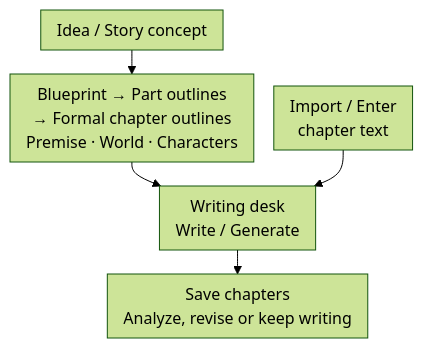
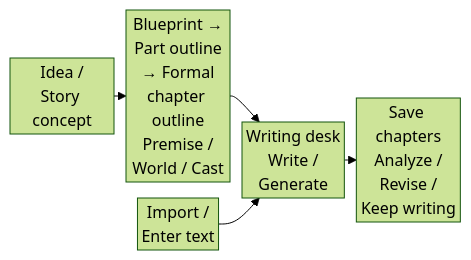
One commit to GTJasonMK/A4N changed the second of 18 diagrams in README.en.md. Above: the diagram before and after it, drawn with Mermaid (forest theme). The commit also changed other lines of this file and 2 other files, not shown here.

````diff
--- a/README.en.md
+++ b/README.en.md
@@ -88,13 +88,13 @@
 ```mermaid
 ---
 config:
-  flowchart: { nodeSpacing: 20, rankSpacing: 24, padding: 8, wrappingWidth: 240 }
+  flowchart: { nodeSpacing: 16, rankSpacing: 12, padding: 2, wrappingWidth: 96 }
 ---
-flowchart TB
+flowchart LR
   accTitle: Novel writing from ideas to chapters
   accDescr: Ideas lead to a blueprint and outlines, then the writing desk. Existing chapters can enter the writing desk directly without blueprint generation.
-  idea["Idea / Story concept"] --> plan["Blueprint → Part outlines<br/>→ Formal chapter outlines<br/>Premise · World · Characters"]
-  plan --> chapter["Writing desk<br/>Write / Generate"]
-  imported["Import / Enter<br/>chapter text"] --> chapter
-  chapter --> saved["Save chapters<br/>Analyze, revise or keep writing"]
+  idea["Idea /<br/>Story concept"] --> plan["Blueprint →<br/>Part outline<br/>→ Formal<br/>chapter outline<br/>Premise /<br/>World / Cast"]
+  plan --> chapter["Writing desk<br/>Write /<br/>Generate"]
+  imported["Import /<br/>Enter text"] --> chapter
+  chapter --> saved["Save chapters<br/>Analyze /<br/>Revise /<br/>Keep writing"]
 ```
````
